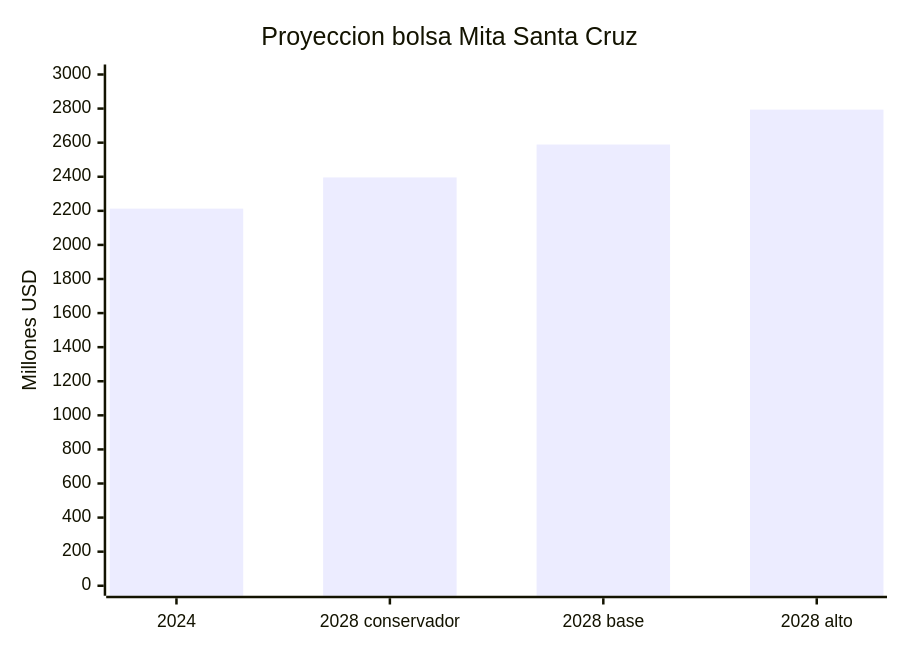
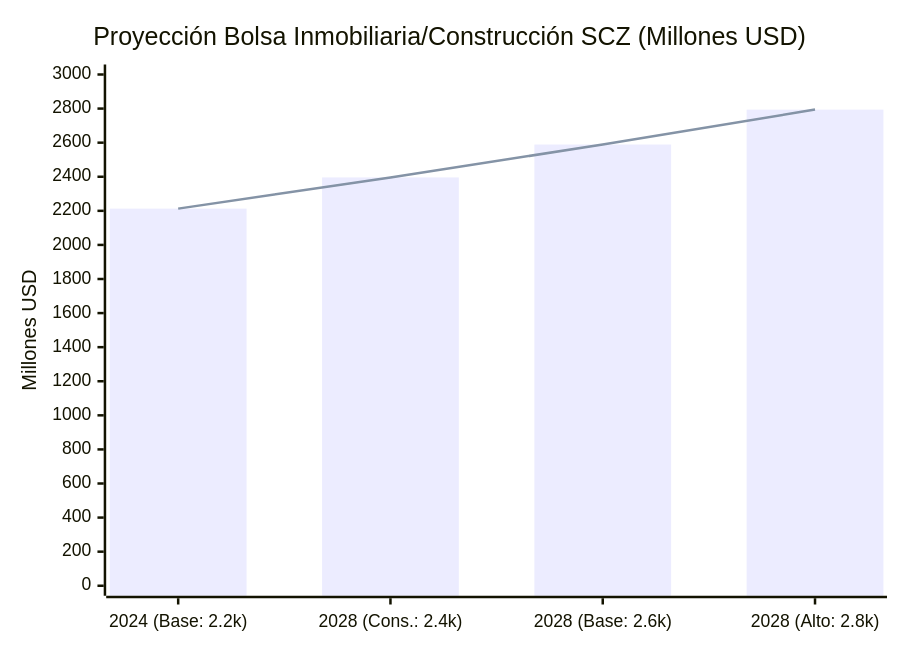
The third of 7 diagrams in Mita_estadisticas_mercado_inferidas.md (mita-build-with-ai-2026/.github), drawn with Mermaid before and after one commit. The commit also changed other lines of this file and 35 other files, not shown here.

````diff
--- a/Mita_estadisticas_mercado_inferidas.md
+++ b/Mita_estadisticas_mercado_inferidas.md
@@ -180,7 +219,8 @@
 ```mermaid
 xychart-beta
-  title "Proyeccion bolsa Mita Santa Cruz"
-  x-axis ["2024", "2028 conservador", "2028 base", "2028 alto"]
+  title "Proyección Bolsa Inmobiliaria/Construcción SCZ (Millones USD)"
+  x-axis ["2024 (Base: 2.2k)", "2028 (Cons.: 2.4k)", "2028 (Base: 2.6k)", "2028 (Alto: 2.8k)"]
   y-axis "Millones USD" 0 --> 3000
   bar [2213, 2396, 2589, 2794]
+  line [2213, 2396, 2589, 2794]
 ```
````
